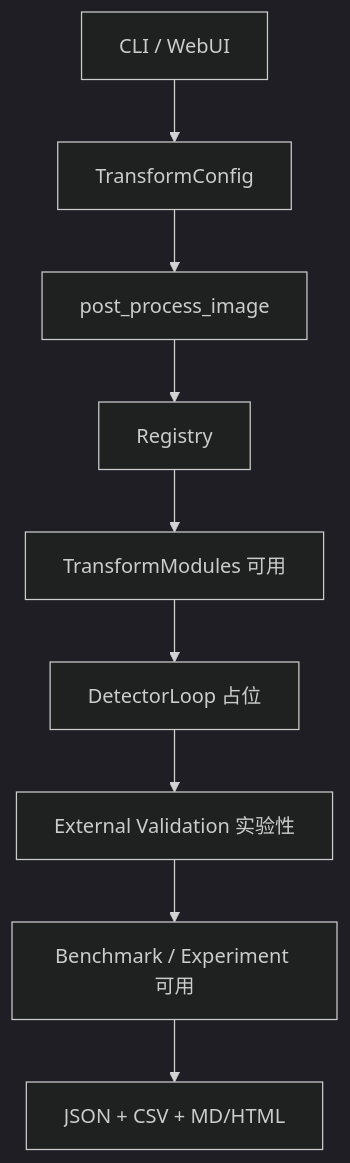
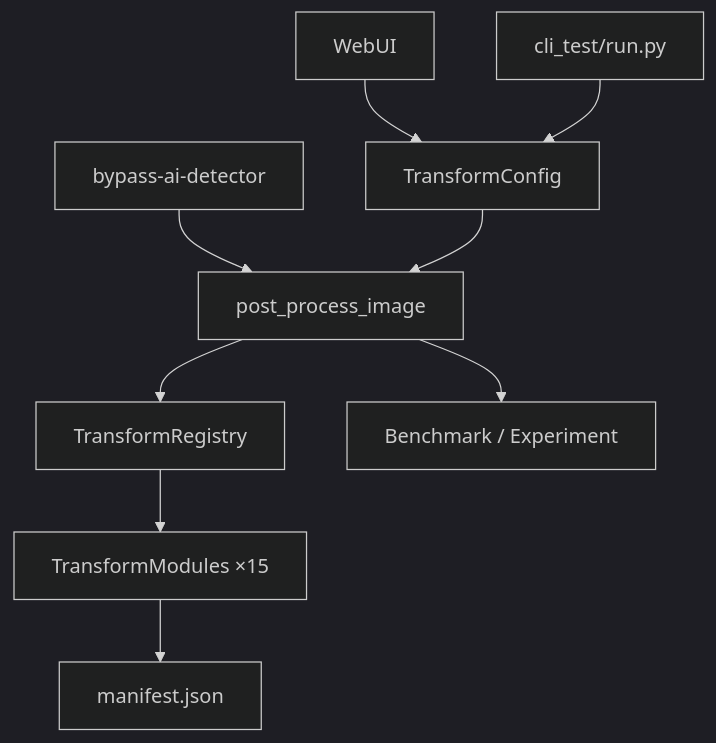
The diagram in README.md (Mati0kez/ai-image-bypass-phase7), drawn with Mermaid (dark theme) before and after one commit. The commit also changed other lines of this file, not shown here.

First line of the commit message:
docs: 更新 README 反映 15 项方法族与 cli_test 当前进度

````diff
--- a/README.md
+++ b/README.md
@@ -133,11 +140,11 @@
 ```mermaid
 flowchart TD
-    CLI[CLI / WebUI] --> Config[TransformConfig]
-    Config --> Pipeline[post_process_image]
-    Pipeline --> Registry[Registry]
-    Registry --> Modules[TransformModules 可用]
-    Modules --> DetectorLoop["DetectorLoop 占位"]
-    DetectorLoop --> External["External Validation 实验性"]
-    External --> Benchmark["Benchmark / Experiment 可用"]
-    Benchmark --> Report[JSON + CSV + MD/HTML]
+    WebUI[WebUI] --> Config[TransformConfig]
+    CLITest[cli_test/run.py] --> Config
+    LegacyCLI[bypass-ai-detector] --> Pipeline[post_process_image]
+    Config --> Pipeline
+    Pipeline --> Registry[TransformRegistry]
+    Registry --> Modules[TransformModules ×15]
+    Modules --> Manifest[manifest.json]
+    Pipeline --> Benchmark[Benchmark / Experiment]
 ```
````
